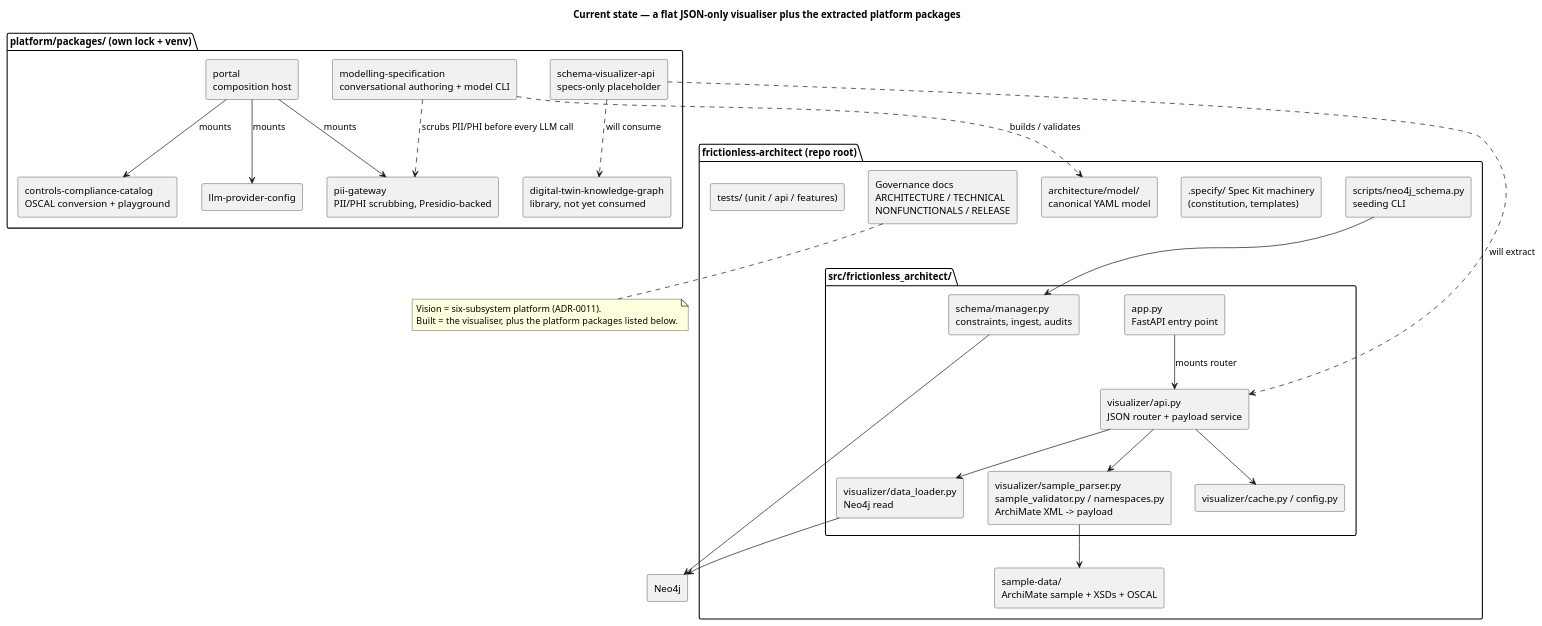
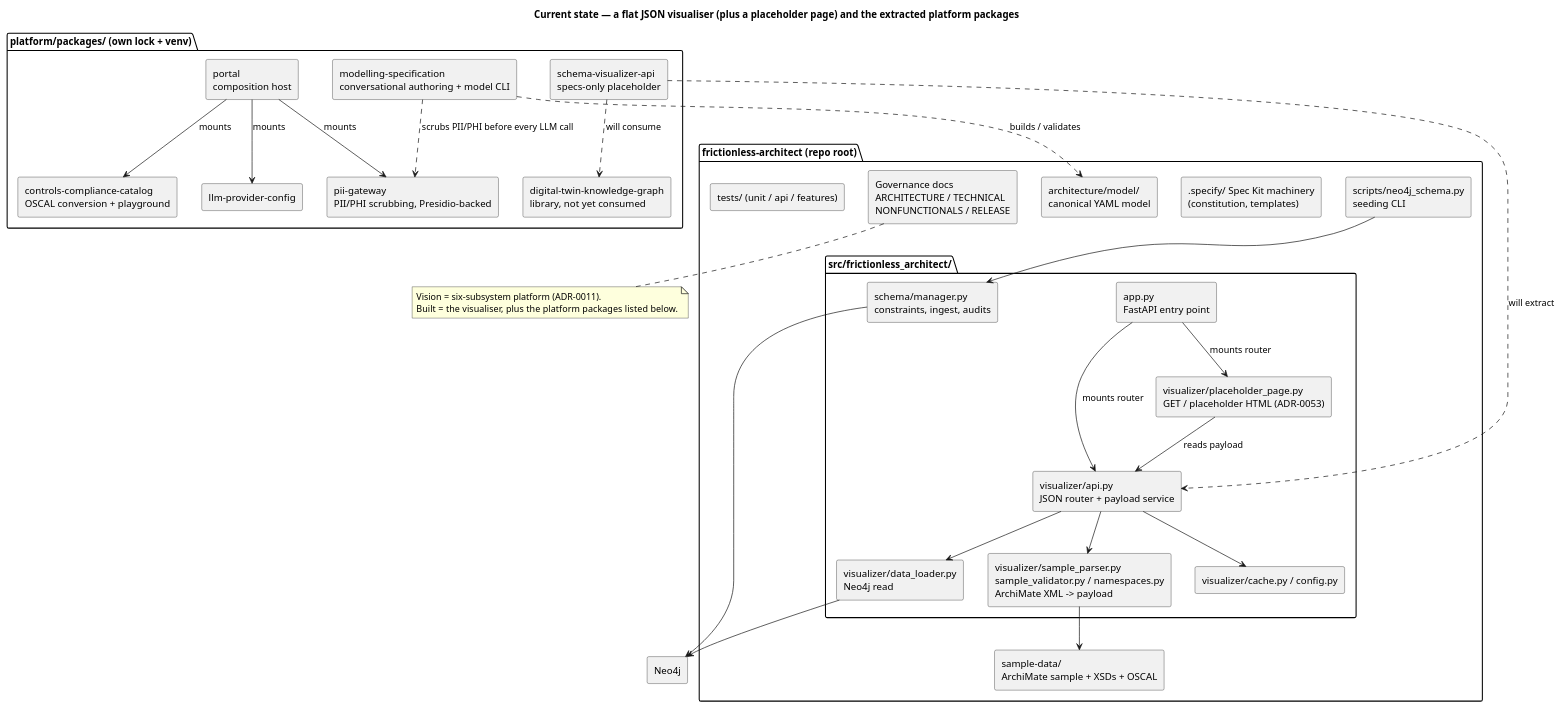
The first of 2 diagrams in ARCHITECTURE.md (wolffy-au/frictionless-architect), drawn with PlantUML before and after one commit. The commit also changed other lines of this file and 7 other files, not shown here.

Commit message:
docs(visualizer): document placeholder landing page

````diff
--- a/ARCHITECTURE.md
+++ b/ARCHITECTURE.md
@@ -35,58 +35,61 @@
 ```plantuml
 @startuml
-title Current state — a flat JSON-only visualiser plus the extracted platform packages
+title Current state — a flat JSON visualiser (plus a placeholder page) and the extracted platform packages
 skinparam componentStyle rectangle
 
 package "frictionless-architect (repo root)" {
   [Governance docs\nARCHITECTURE / TECHNICAL\nNONFUNCTIONALS / RELEASE] as docs
   [.specify/ Spec Kit machinery\n(constitution, templates)] as speckit
   [architecture/model/\ncanonical YAML model] as model
   [scripts/neo4j_schema.py\nseeding CLI] as seedcli
 
   package "src/frictionless_architect/" {
     [app.py\nFastAPI entry point] as app
     [visualizer/api.py\nJSON router + payload service] as api
+    [visualizer/placeholder_page.py\nGET / placeholder HTML (ADR-0053)] as placeholder
     [visualizer/cache.py / config.py] as vsupport
     [visualizer/data_loader.py\nNeo4j read] as loader
     [visualizer/sample_parser.py\nsample_validator.py / namespaces.py\nArchiMate XML -> payload] as parser
     [schema/manager.py\nconstraints, ingest, audits] as schema
   }
 
   [sample-data/\nArchiMate sample + XSDs + OSCAL] as sampledata
   [tests/ (unit / api / features)] as tests
 }
 
 package "platform/packages/ (own lock + venv)" {
   [controls-compliance-catalog\nOSCAL conversion + playground] as ccc
   [modelling-specification\nconversational authoring + model CLI] as ms
   [llm-provider-config] as llm
   [portal\ncomposition host] as portal
   [digital-twin-knowledge-graph\nlibrary, not yet consumed] as dtkg
   [schema-visualizer-api\nspecs-only placeholder] as svapi
   [pii-gateway\nPII/PHI scrubbing, Presidio-backed] as pii
 }
 
 [Neo4j] as neo4j
 
 app --> api : mounts router
+app --> placeholder : mounts router
+placeholder --> api : reads payload
 api --> vsupport
 api --> loader
 api --> parser
 loader --> neo4j
 parser --> sampledata
 seedcli --> schema
 schema --> neo4j
 portal --> ccc : mounts
 portal --> llm : mounts
 portal --> pii : mounts
 ms ..> model : builds / validates
 ms ..> pii : scrubs PII/PHI before every LLM call
 svapi ..> api : will extract
 svapi ..> dtkg : will consume
 
 note bottom of docs
   Vision = six-subsystem platform (ADR-0011).
   Built  = the visualiser, plus the platform packages listed below.
 end note
 @enduml
 ```
````
